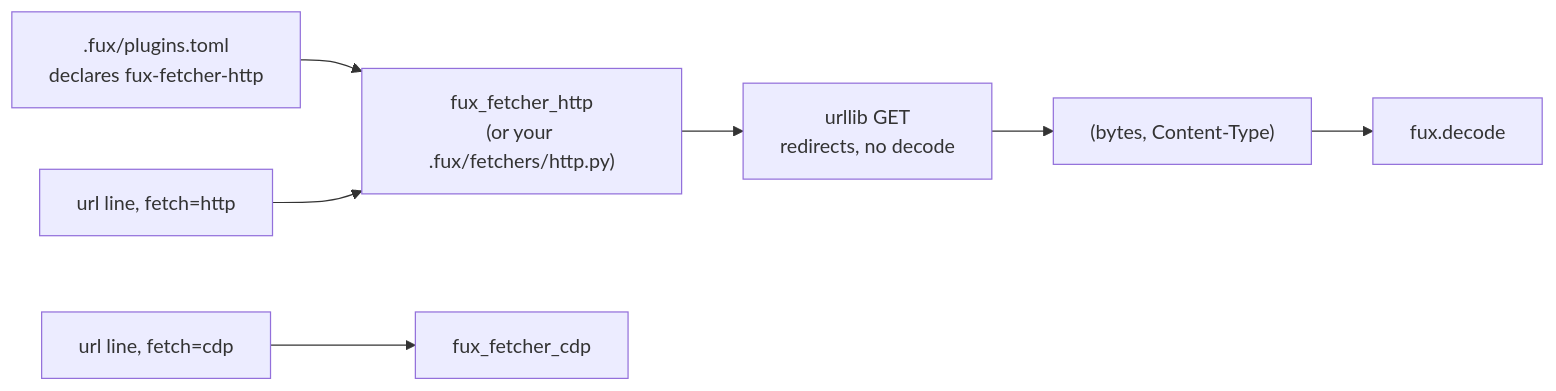
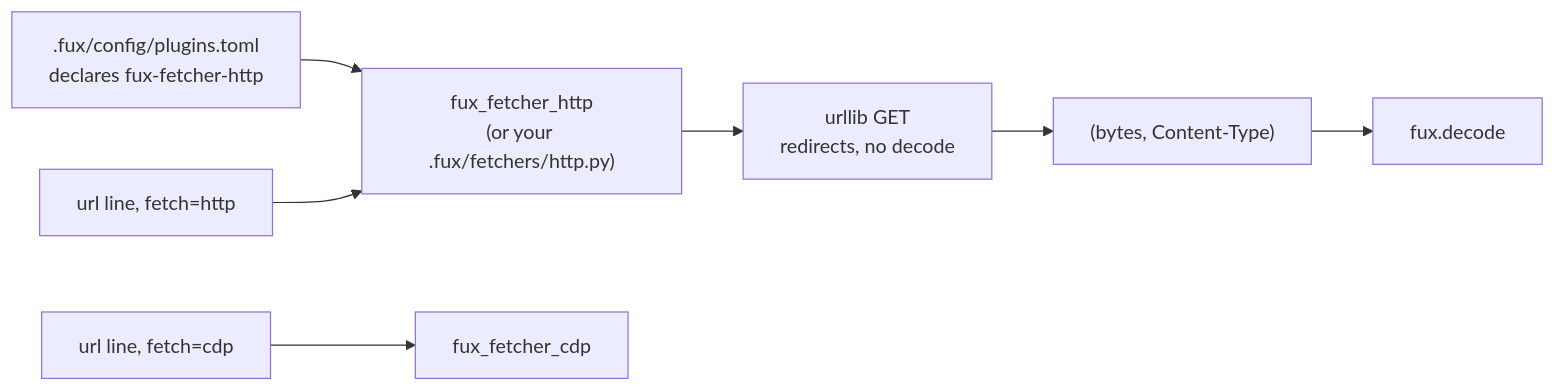
Before and after one commit to arpitarya/fux: the diagram in records/0119_http-fetcher.md, drawn with Mermaid. The commit also changed other lines of this file and 442 other files, not shown here.

First line of the commit message:
feat(w295): the eight policy TOMLs move to .fux/config/

````diff
--- a/records/0119_http-fetcher.md
+++ b/records/0119_http-fetcher.md
@@ -57,9 +57,9 @@
 ```mermaid
 flowchart LR
-    E[".fux/plugins.toml<br/>declares fux-fetcher-http"] --> G["fux_fetcher_http<br/>(or your .fux/fetchers/http.py)"]
+    E[".fux/config/plugins.toml<br/>declares fux-fetcher-http"] --> G["fux_fetcher_http<br/>(or your .fux/fetchers/http.py)"]
     U["url line, fetch=http"] --> G
     G --> Q["urllib GET<br/>redirects, no decode"]
     Q --> B["(bytes, Content-Type)"]
     B --> DC["fux.decode"]
     U2["url line, fetch=cdp"] --> C["fux_fetcher_cdp"]
 ```
````
